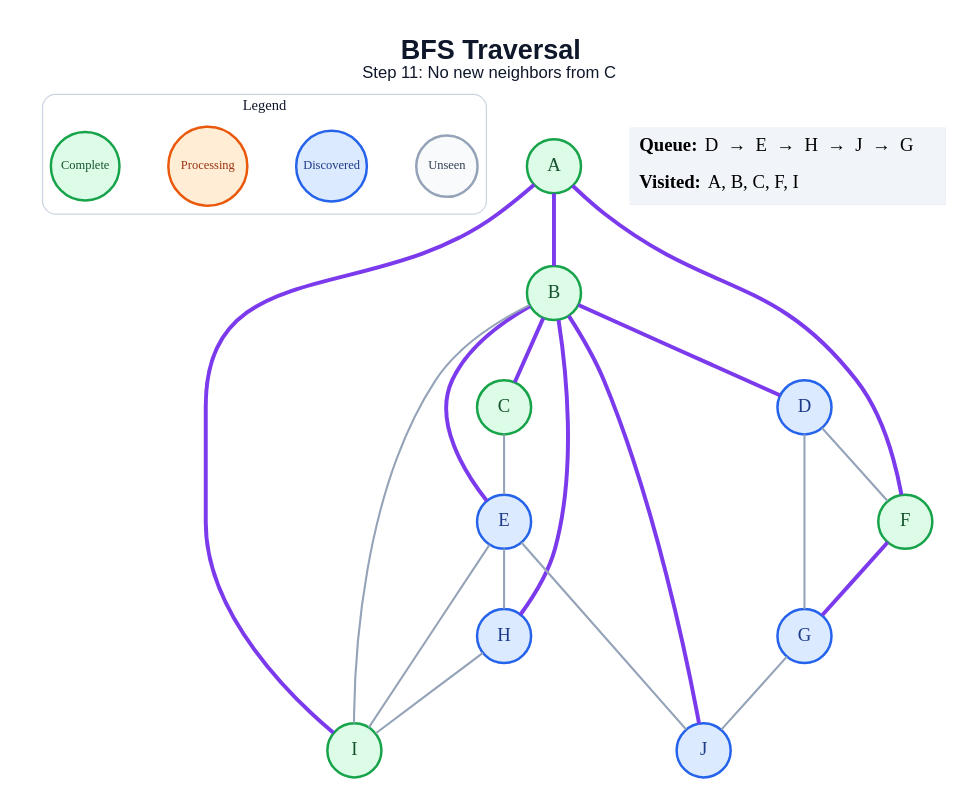
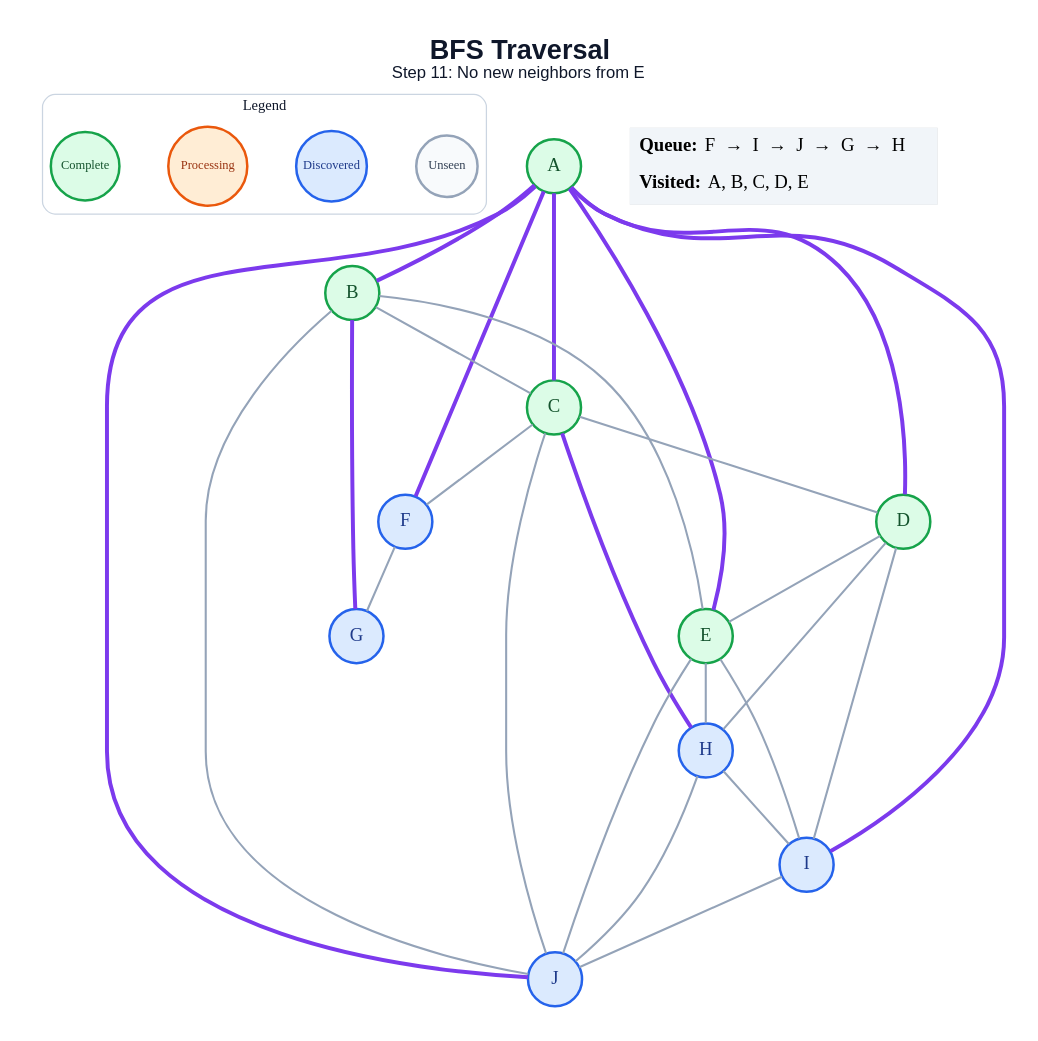
Before and after one commit to amanghodawala9/ai-slop: the diagram in generated/bfs/step_11.dot, drawn with Graphviz. The commit also changed 178 other files, not shown here.

```diff
--- a/generated/bfs/step_11.dot
+++ b/generated/bfs/step_11.dot
@@ -1,47 +1,54 @@
 graph traversal {
   graph [layout=dot, rankdir=TB, bgcolor="#FFFFFF", pad="0.35", nodesep="0.65", ranksep="0.8", fontname="Arial"];
   node [shape=circle, style="filled", fontname="Arial Bold", fontsize=18, width=0.72, fixedsize=true, penwidth=2.4];
   edge [color="#94A3B8", penwidth=2.0];
-  label=<<B>BFS Traversal</B><BR/><FONT POINT-SIZE="16">Step 11: No new neighbors from C</FONT>>; labelloc="t"; fontsize=26; fontname="Arial"; fontcolor="#0F172A";
+  label=<<B>BFS Traversal</B><BR/><FONT POINT-SIZE="16">Step 11: No new neighbors from E</FONT>>; labelloc="t"; fontsize=26; fontname="Arial"; fontcolor="#0F172A";
   subgraph cluster_legend { label="Legend"; color="#CBD5E1"; penwidth=1.2; style="rounded"; fontsize=14; fontname="Arial Bold";
     key_unseen [label="Unseen", fillcolor="#F8FAFC", color="#94A3B8", fontcolor="#334155", fontsize=12, width=0.82];
     key_frontier [label="Discovered", fillcolor="#DBEAFE", color="#2563EB", fontcolor="#1E3A8A", fontsize=12, width=0.95];
     key_current [label="Processing", fillcolor="#FFEDD5", color="#EA580C", fontcolor="#9A3412", fontsize=12, width=1.05];
     key_done [label="Complete", fillcolor="#DCFCE7", color="#16A34A", fontcolor="#14532D", fontsize=12, width=0.92];
     { rank=same; key_unseen; key_frontier; key_current; key_done; }
   }
   A [fillcolor="#DCFCE7", color="#16A34A", fontcolor="#14532D"];
   B [fillcolor="#DCFCE7", color="#16A34A", fontcolor="#14532D"];
   C [fillcolor="#DCFCE7", color="#16A34A", fontcolor="#14532D"];
-  D [fillcolor="#DBEAFE", color="#2563EB", fontcolor="#1E3A8A"];
-  E [fillcolor="#DBEAFE", color="#2563EB", fontcolor="#1E3A8A"];
-  F [fillcolor="#DCFCE7", color="#16A34A", fontcolor="#14532D"];
+  D [fillcolor="#DCFCE7", color="#16A34A", fontcolor="#14532D"];
+  E [fillcolor="#DCFCE7", color="#16A34A", fontcolor="#14532D"];
+  F [fillcolor="#DBEAFE", color="#2563EB", fontcolor="#1E3A8A"];
   G [fillcolor="#DBEAFE", color="#2563EB", fontcolor="#1E3A8A"];
   H [fillcolor="#DBEAFE", color="#2563EB", fontcolor="#1E3A8A"];
-  I [fillcolor="#DCFCE7", color="#16A34A", fontcolor="#14532D"];
+  I [fillcolor="#DBEAFE", color="#2563EB", fontcolor="#1E3A8A"];
   J [fillcolor="#DBEAFE", color="#2563EB", fontcolor="#1E3A8A"];
   A -- B [color="#7C3AED", penwidth=3.8];
+  A -- C [color="#7C3AED", penwidth=3.8];
+  A -- D [color="#7C3AED", penwidth=3.8];
+  A -- E [color="#7C3AED", penwidth=3.8];
   A -- F [color="#7C3AED", penwidth=3.8];
   A -- I [color="#7C3AED", penwidth=3.8];
-  B -- C [color="#7C3AED", penwidth=3.8];
-  B -- D [color="#7C3AED", penwidth=3.8];
-  B -- E [color="#7C3AED", penwidth=3.8];
-  B -- H [color="#7C3AED", penwidth=3.8];
-  B -- I;
-  B -- J [color="#7C3AED", penwidth=3.8];
-  C -- E;
-  D -- F;
-  D -- G;
+  A -- J [color="#7C3AED", penwidth=3.8];
+  B -- C;
+  B -- E;
+  B -- G [color="#7C3AED", penwidth=3.8];
+  B -- J;
+  C -- D;
+  C -- F;
+  C -- H [color="#7C3AED", penwidth=3.8];
+  C -- J;
+  D -- E;
+  D -- H;
+  D -- I;
   E -- H;
   E -- I;
   E -- J;
-  F -- G [color="#7C3AED", penwidth=3.8];
-  G -- J;
+  F -- G;
   H -- I;
+  H -- J;
+  I -- J;
   status [shape=plain, fixedsize=false, width=0, height=0, margin=0, label=<
     <TABLE BORDER="0" CELLBORDER="0" CELLPADDING="7" BGCOLOR="#F1F5F9">
-      <TR><TD ALIGN="LEFT"><B>Queue:</B> D  →  E  →  H  →  J  →  G</TD></TR>
-      <TR><TD ALIGN="LEFT"><B>Visited:</B> A, B, C, F, I</TD></TR>
+      <TR><TD ALIGN="LEFT"><B>Queue:</B> F  →  I  →  J  →  G  →  H</TD></TR>
+      <TR><TD ALIGN="LEFT"><B>Visited:</B> A, B, C, D, E</TD></TR>
     </TABLE>
   >];
 }
```
